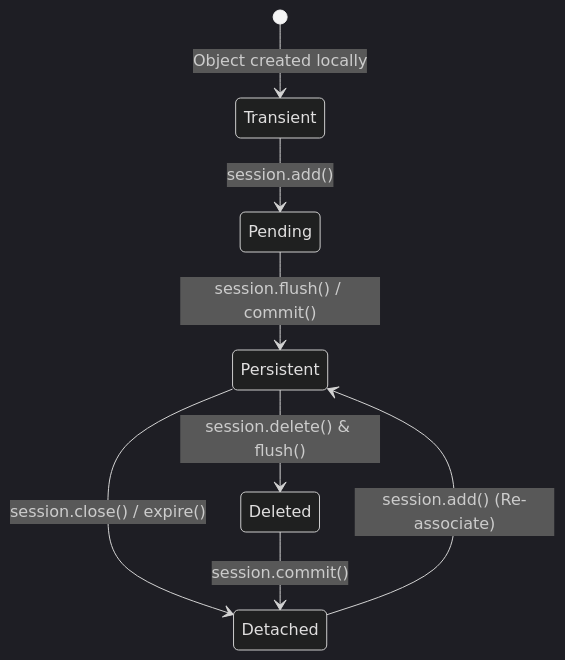
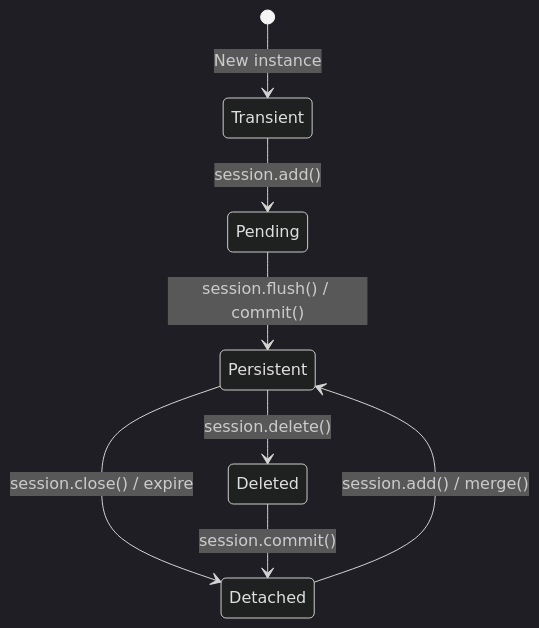
One commit to AD0791/interviewprep changed the diagram in frameworks_specifics/02_sqlalchemy.md. Above: the diagram before and after it, drawn with Mermaid (dark theme). The commit also changed other lines of this file and 8 other files, not shown here.

````diff
--- a/frameworks_specifics/02_sqlalchemy.md
+++ b/frameworks_specifics/02_sqlalchemy.md
@@ -20,10 +21,10 @@
 ```mermaid
 stateDiagram-v2
-    [*] --> Transient : Object created locally
+    [*] --> Transient : New instance
     Transient --> Pending : session.add()
     Pending --> Persistent : session.flush() / commit()
-    Persistent --> Detached : session.close() / expire()
-    Detached --> Persistent : session.add() (Re-associate)
-    Persistent --> Deleted : session.delete() & flush()
+    Persistent --> Detached : session.close() / expire
+    Persistent --> Deleted : session.delete()
     Deleted --> Detached : session.commit()
+    Detached --> Persistent : session.add() / merge()
 ```
````
